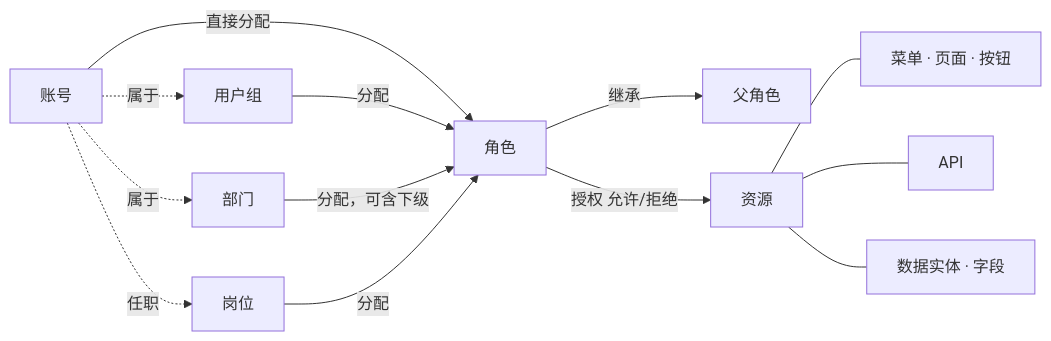
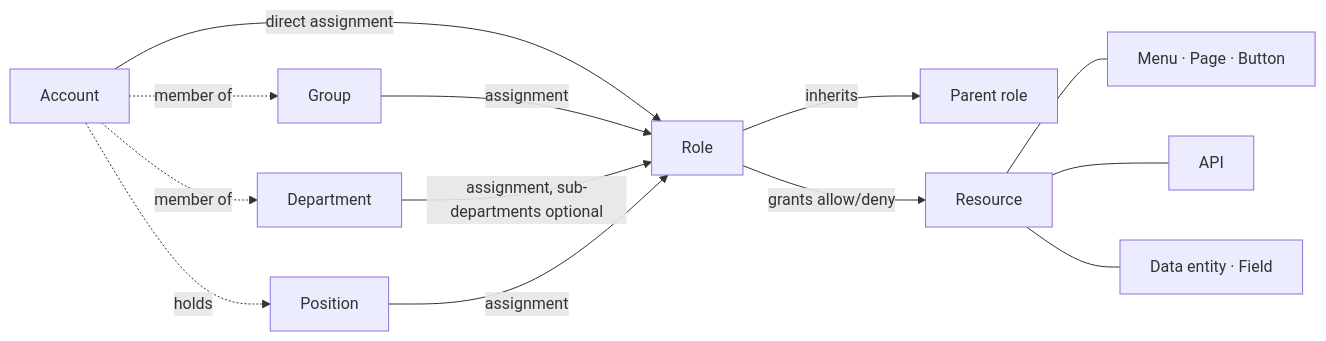
One commit to devlive-community/grantforge changed the diagram in docs/content/en/start/concepts.md. Above: the diagram before and after it, drawn with Mermaid. The commit also changed 103 other files, not shown here.

````diff
--- a/docs/content/en/start/concepts.md
+++ b/docs/content/en/start/concepts.md
@@ -14,15 +14,15 @@
 ```mermaid
 flowchart LR
-  A[账号] -->|直接分配| R[角色]
-  G[用户组] -->|分配| R
-  O[部门] -->|分配，可含下级| R
-  P[岗位] -->|分配| R
-  A -.属于.-> G
-  A -.属于.-> O
-  A -.任职.-> P
-  R -->|继承| R2[父角色]
-  R -->|授权 允许/拒绝| S[资源]
-  S --- M[菜单 · 页面 · 按钮]
+  A[Account] -->|direct assignment| R[Role]
+  G[Group] -->|assignment| R
+  O[Department] -->|assignment, sub-departments optional| R
+  P[Position] -->|assignment| R
+  A -. member of .-> G
+  A -. member of .-> O
+  A -. holds .-> P
+  R -->|inherits| R2[Parent role]
+  R -->|grants allow/deny| S[Resource]
+  S --- M[Menu · Page · Button]
   S --- API[API]
-  S --- D[数据实体 · 字段]
+  S --- D[Data entity · Field]
 ```
````
